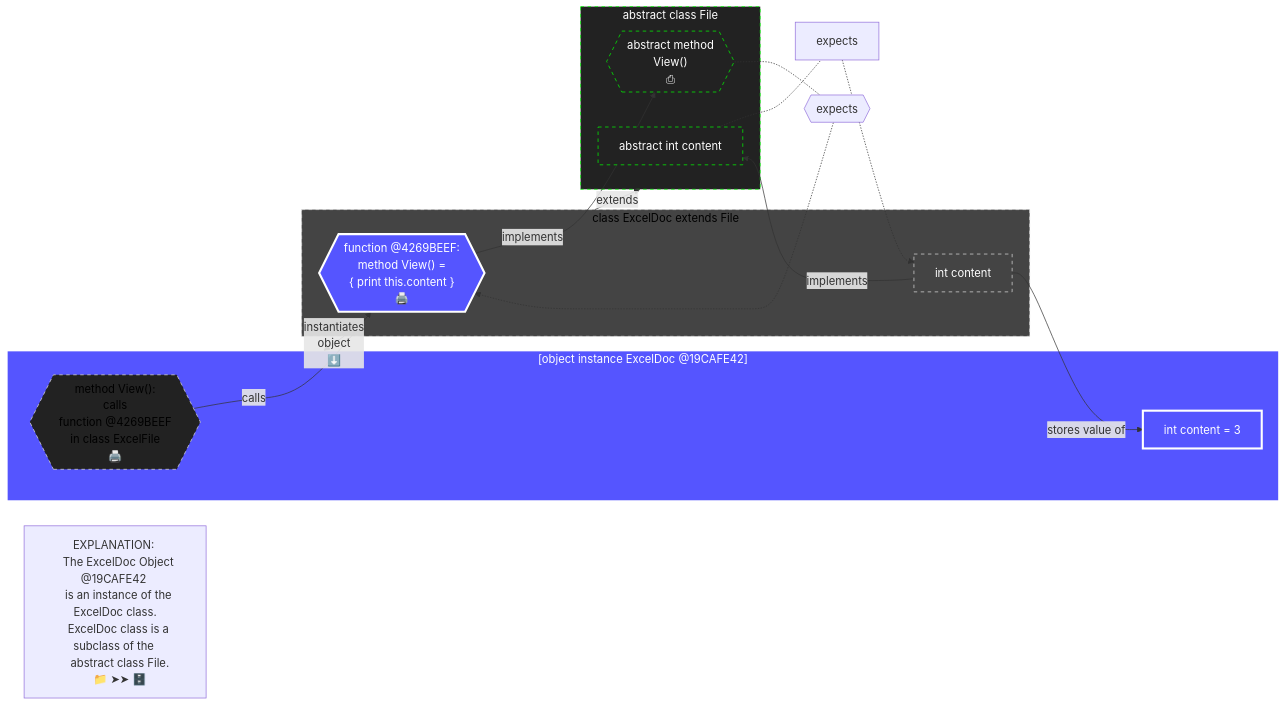
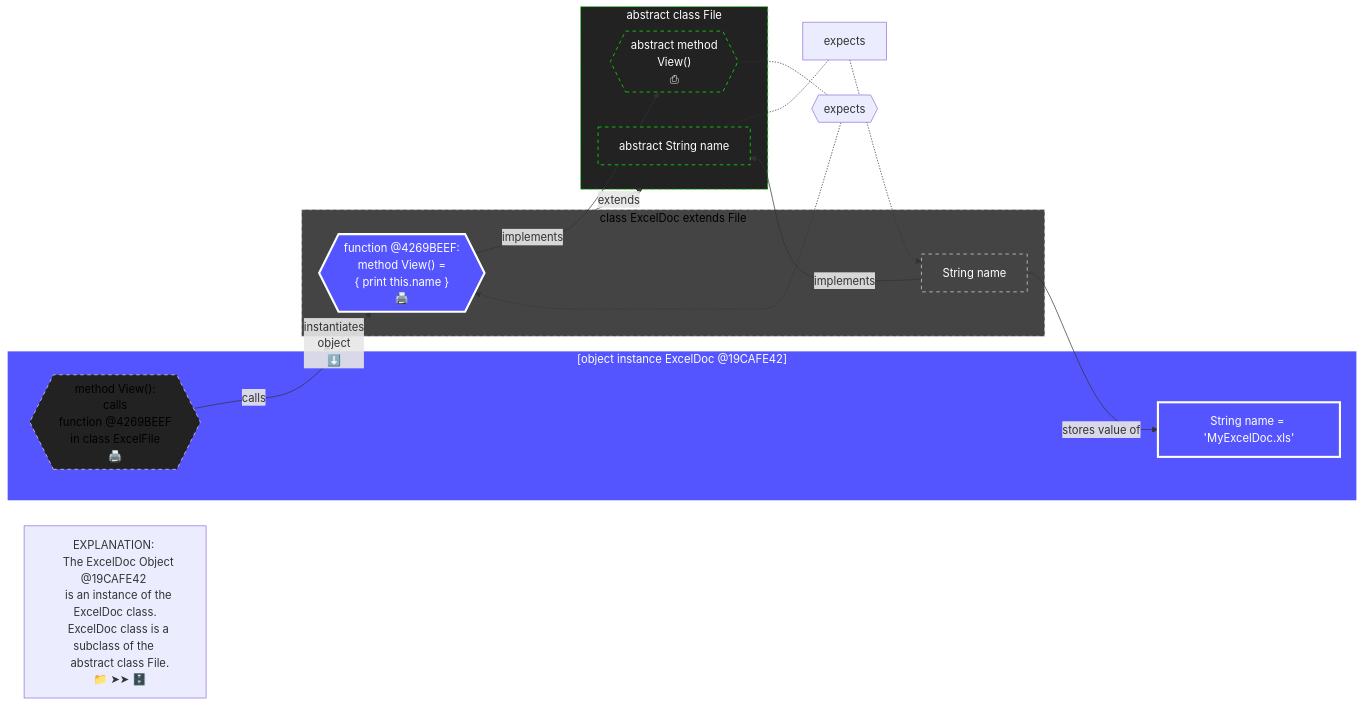
The seventh of 8 diagrams in 09-ClassOrientedProgramming.md (realityexpander/How_to_program_from_ground_up), drawn with Mermaid before and after one commit. The commit also changed other lines of this file, not shown here.

````diff
--- a/09-ClassOrientedProgramming.md
+++ b/09-ClassOrientedProgramming.md
@@ -833,59 +833,59 @@
    ```mermaid
      flowchart LR
    
      ExcelDocObjectViewMethodFunctionPointer -- calls --> ExcelDocClassViewMethod:::Object
      ExcelDocClassAgeInt -- stores value of --> ExcelDocObjectAgeInt 
      subgraph ExcelDocObject["[object instance ExcelDoc @19CAFE42]"]
-         ExcelDocObjectAgeInt["int content = 3"]
+         ExcelDocObjectAgeInt["String name = 'MyExcelDoc.xls'"]
          ExcelDocObjectViewMethodFunctionPointer{{"method View(): 
             calls 
             function @4269BEEF
             in class ExcelFile
             🖨️
             "}}
      end
      subgraph classExcelDoc["class ExcelDoc extends File"]
-         ExcelDocClassAgeInt["int content"]
+         ExcelDocClassAgeInt["String name"]
          ExcelDocClassViewMethod{{"function @4269BEEF:  
             method View() =
-            { print this.content }
+            { print this.name }
             🖨️
             "}}
      end
      abstractAgeInt -.- expects -.-> ExcelDocClassAgeInt
      abstractViewMethod -.- expects2{{"expects"}} -.-> ExcelDocClassViewMethod:::Object
      ExcelDocClassAgeInt -- implements --> abstractAgeInt:::Abstract
    
      note["
         EXPLANATION: 
         The ExcelDoc Object @19CAFE42 
         is an instance of the ExcelDoc class.
         ExcelDoc class is a subclass of the 
         abstract class File.
         📁 ➤➤ 🗄️"]
      
      classExcelDoc -- "instantiates 
                         object
                         ⬇️" --> ExcelDocObject:::Object
      classExcelDoc -- extends --> abstractFile:::Abstract
      ExcelDocClassViewMethod -- implements --> abstractViewMethod:::Abstract
      subgraph abstractFile["abstract class File"]
-       abstractAgeInt["abstract int content"]
+       abstractAgeInt["abstract String name"]
        abstractViewMethod{{"
           abstract method 
           View()
           ⎙
           "}}
      end
    
      classDef Abstract fill:#222, stroke:#0F0, stroke-width:1px, color:#fff, stroke-dasharray: 5 5
      
      classDef Class fill:#444, stroke:#00F, stroke-width:1px, color:#000, stroke-dasharray: 5 5
      %% For nodes that are the source of a link, the style must be defined in the link, not the classDef. 
      style classExcelDoc fill:#444, stroke:#DDD, stroke-width:1px, color:#000, stroke-dasharray: 5 5
      style ExcelDocClassAgeInt fill:#444, stroke:#DDD, stroke-width:1px, color:#FFF, stroke-dasharray: 5 5
      
      classDef Object fill:#55F, stroke:#FFF, stroke-width:3px, color:#fff
      style ExcelDocObjectAgeInt fill:#55F, stroke:#FFF, stroke-width:3px, color:#fff
      style ExcelDocObjectViewMethodFunctionPointer fill:#222, stroke:#DDD, stroke-width:1px, color:#000, stroke-dasharray: 5 5
    ```
````
